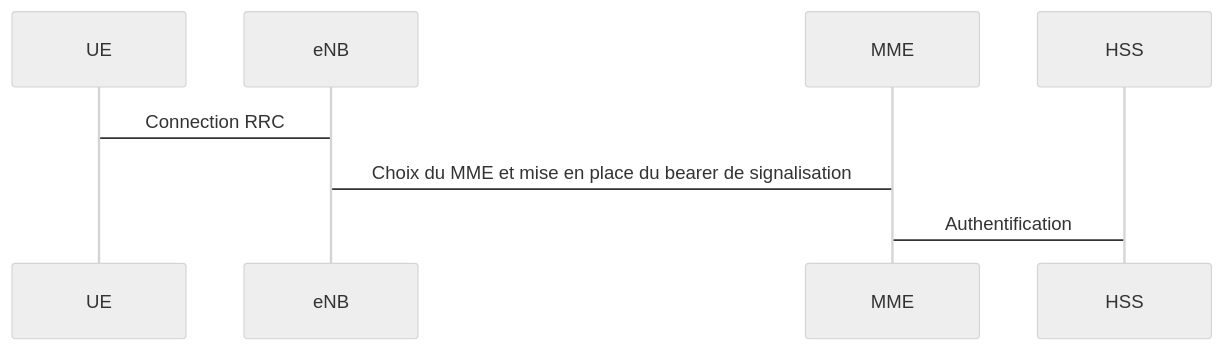
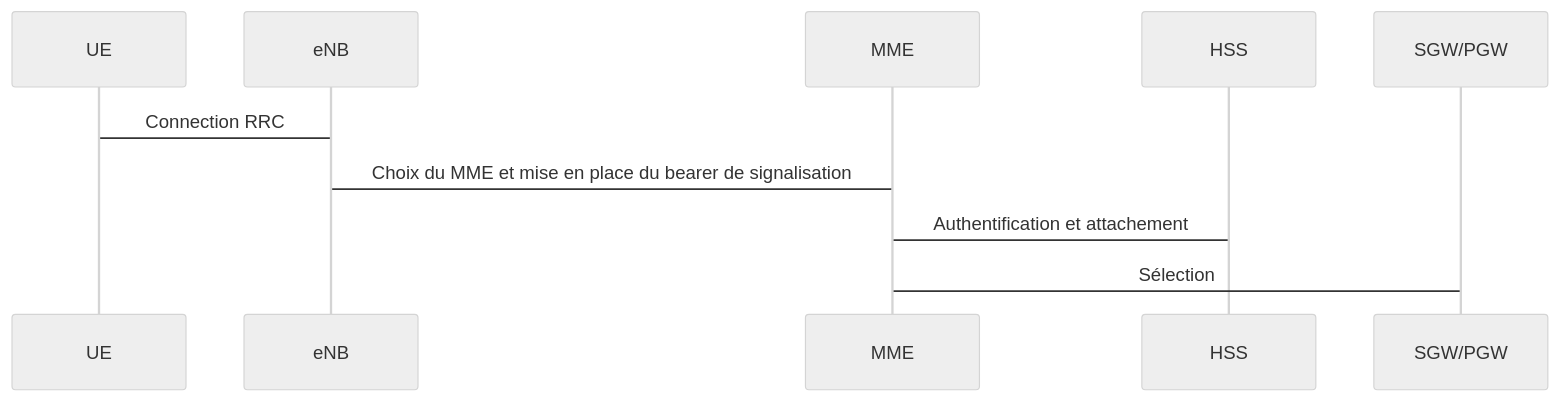
Before and after one commit to ThomasRochette/NoteCours: the first of 5 diagrams in ARM.md, drawn with Mermaid (neutral theme). The commit also changed other lines of this file, not shown here.

Commit message:
Uploaded by https://stackedit.io/

````diff
--- a/ARM.md
+++ b/ARM.md
@@ -109,7 +109,7 @@
 ```mermaid
 sequenceDiagram
 UE -> eNB: Connection RRC
 eNB -> MME: Choix du MME et mise en place du bearer de signalisation
-MME -> HSS: Authentification 
-
+MME -> HSS: Authentification et attachement
+MME -> SGW/PGW: Sélection
 ```
````
